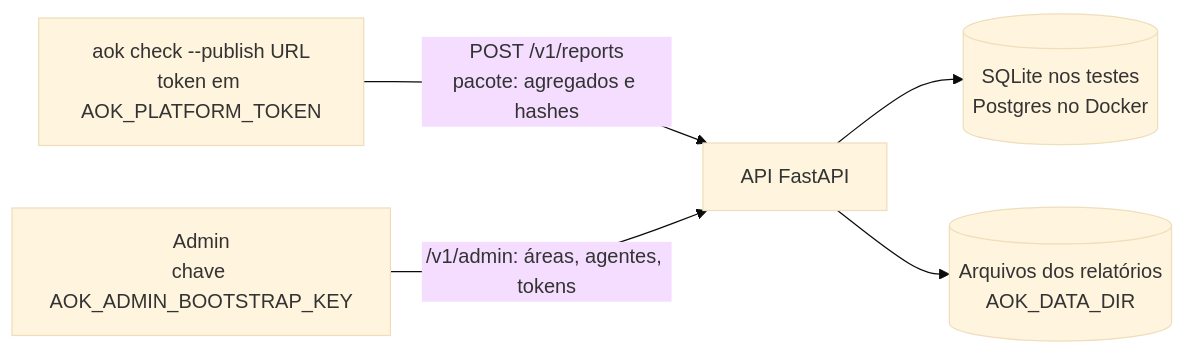
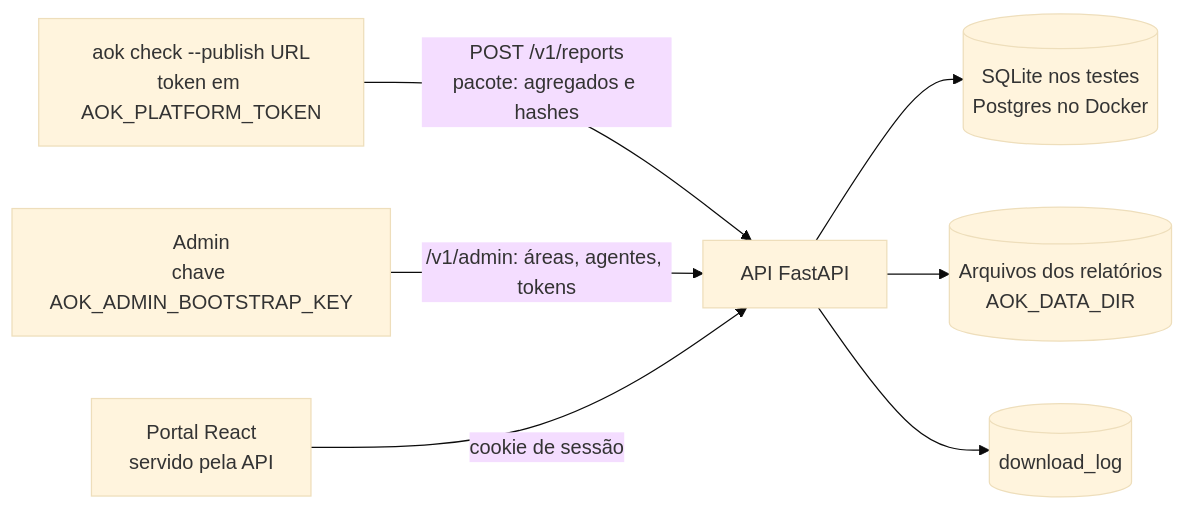
The second of 2 diagrams in docs/arquitetura.md (Athurgomes/Agent-Ops-Kit), drawn with Mermaid (base theme) before and after one commit. The commit also changed other lines of this file and 1 other file, not shown here.

Commit message:
docs: ADR-008 e portal na arquitetura

````diff
--- a/docs/arquitetura.md
+++ b/docs/arquitetura.md
@@ -48,7 +48,9 @@
 ```mermaid
 flowchart LR
     CK[aok check --publish URL<br/>token em AOK_PLATFORM_TOKEN] -->|POST /v1/reports<br/>pacote: agregados e hashes| API[API FastAPI]
     AD[Admin<br/>chave AOK_ADMIN_BOOTSTRAP_KEY] -->|/v1/admin: áreas, agentes, tokens| API
     API --> DB[(SQLite nos testes<br/>Postgres no Docker)]
     API --> FS[(Arquivos dos relatórios<br/>AOK_DATA_DIR)]
+    PO[Portal React<br/>servido pela API] -->|cookie de sessão| API
+    API --> DL[(download_log)]
 ```
````
